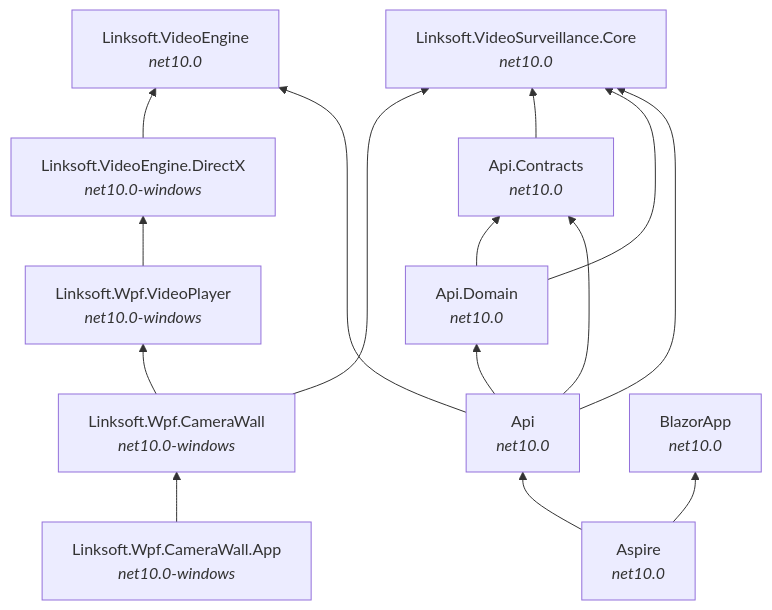
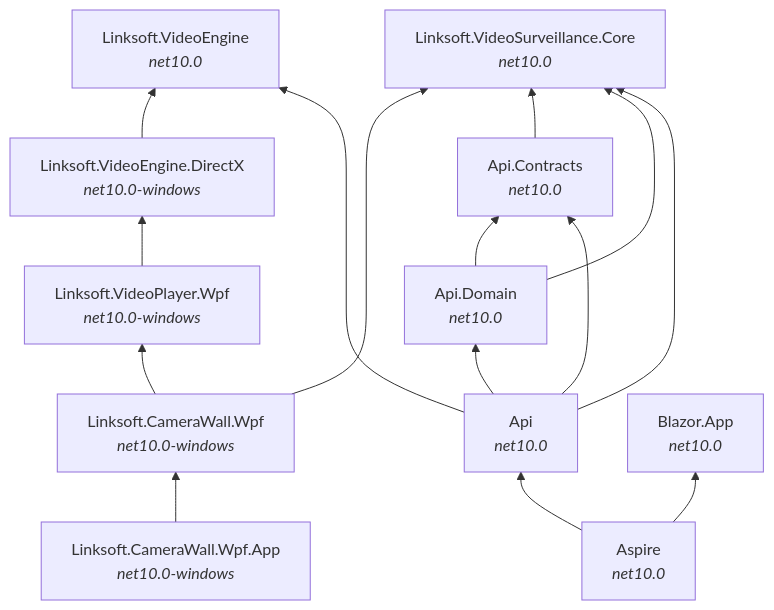
The second of 8 diagrams in docs/architecture.md (davidkallesen/Linksoft.VideoSurveillance), drawn with Mermaid before and after one commit. The commit also changed other lines of this file and 406 other files, not shown here.

````diff
--- a/docs/architecture.md
+++ b/docs/architecture.md
@@ -32,29 +32,29 @@
 ```mermaid
 graph BT
     Core["Linksoft.VideoSurveillance.Core<br/><i>net10.0</i>"]
     VE["Linksoft.VideoEngine<br/><i>net10.0</i>"]
     DX["Linksoft.VideoEngine.DirectX<br/><i>net10.0-windows</i>"]
-    VP["Linksoft.Wpf.VideoPlayer<br/><i>net10.0-windows</i>"]
-    CW["Linksoft.Wpf.CameraWall<br/><i>net10.0-windows</i>"]
-    App["Linksoft.Wpf.CameraWall.App<br/><i>net10.0-windows</i>"]
+    VP["Linksoft.VideoPlayer.Wpf<br/><i>net10.0-windows</i>"]
+    CW["Linksoft.CameraWall.Wpf<br/><i>net10.0-windows</i>"]
+    App["Linksoft.CameraWall.Wpf.App<br/><i>net10.0-windows</i>"]
     Contracts["Api.Contracts<br/><i>net10.0</i>"]
     Domain["Api.Domain<br/><i>net10.0</i>"]
     API["Api<br/><i>net10.0</i>"]
-    Blazor["BlazorApp<br/><i>net10.0</i>"]
+    Blazor["Blazor.App<br/><i>net10.0</i>"]
     Aspire["Aspire<br/><i>net10.0</i>"]
 
     DX --> VE
     VP --> DX
     CW --> Core
     CW --> VP
     App --> CW
     Contracts --> Core
     Domain --> Contracts
     Domain --> Core
     API --> Domain
     API --> Contracts
     API --> Core
     API --> VE
     Aspire --> API
     Aspire --> Blazor
 ```
````
